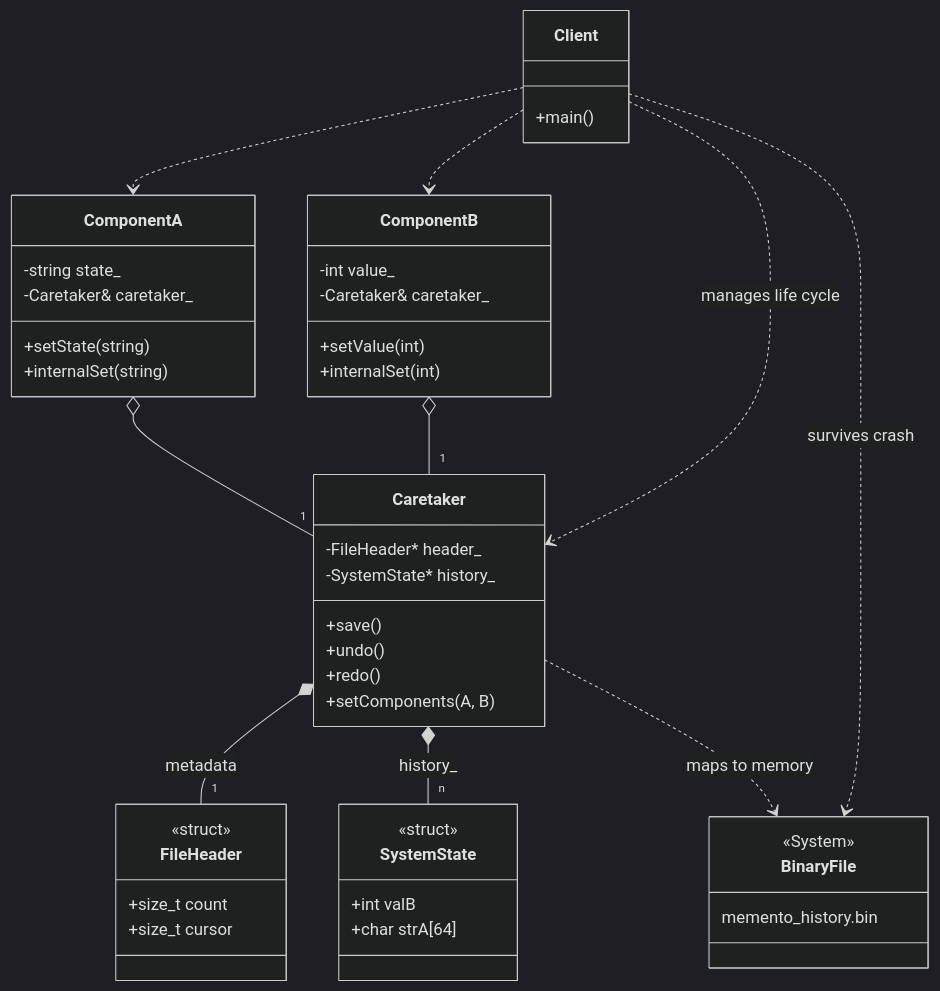
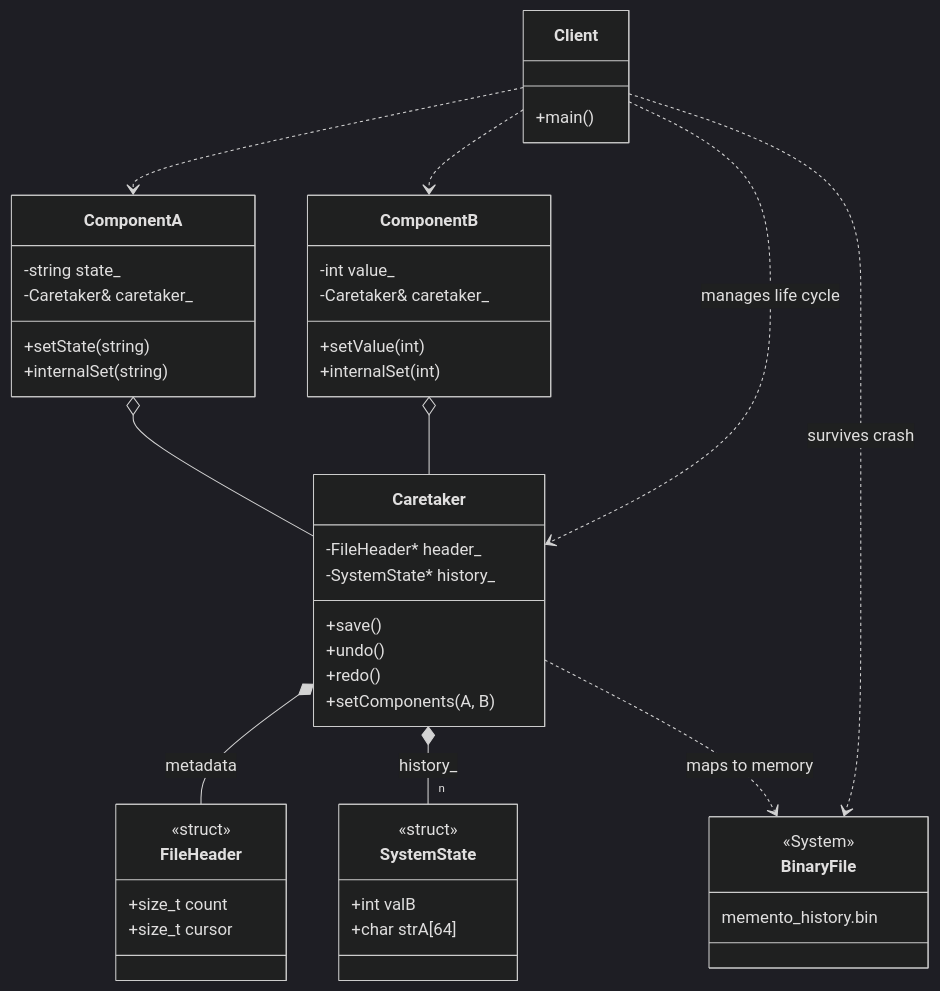
The diagram in 23_Memento/03_Persistent_Mmap/README.md (MarioGalindoQ/Modern-CPP-Design-Patterns), drawn with Mermaid (dark theme) before and after one commit. The commit also changed 1 other file, not shown here.

Commit message:
New Memento example 03_Persistent_Mmap

````diff
--- a/23_Memento/03_Persistent_Mmap/README.md
+++ b/23_Memento/03_Persistent_Mmap/README.md
@@ -58,63 +58,63 @@
 ```mermaid
 classDiagram
     class SystemState {
         <<struct>>
         +int valB
         +char strA[64]
     }
 
     class FileHeader {
         <<struct>>
         +size_t count
         +size_t cursor
     }
 
     class ComponentA {
         -string state_
         -Caretaker& caretaker_
         +setState(string)
         +internalSet(string)
     }
 
     class ComponentB {
         -int value_
         -Caretaker& caretaker_
         +setValue(int)
         +internalSet(int)
     }
 
     class Caretaker {
         -FileHeader* header_
         -SystemState* history_
         +save()
         +undo()
         +redo()
         +setComponents(A, B)
     }
 
     class BinaryFile {
         <<System>>
         memento_history.bin
     }
 
     class Client {
         +main()
     }
 
     %% The Caretaker owns the structures mapped in memory
-    Caretaker *-- "1" FileHeader : metadata
+    Caretaker *-- FileHeader : metadata
     Caretaker *-- "n" SystemState : history_
 
     %% Components interact with the Caretaker for Auto-Save
-    ComponentA o-- "1" Caretaker
-    ComponentB o-- "1" Caretaker
+    ComponentA o-- Caretaker
+    ComponentB o-- Caretaker
 
     %% Caretaker manages the physical storage
     Caretaker ..> BinaryFile : maps to memory
 
     %% Client manages the workflow and crash simulation
     Client ..> Caretaker : manages life cycle
     Client ..> ComponentA
     Client ..> ComponentB
     Client ..> BinaryFile : survives crash
 ```
````
